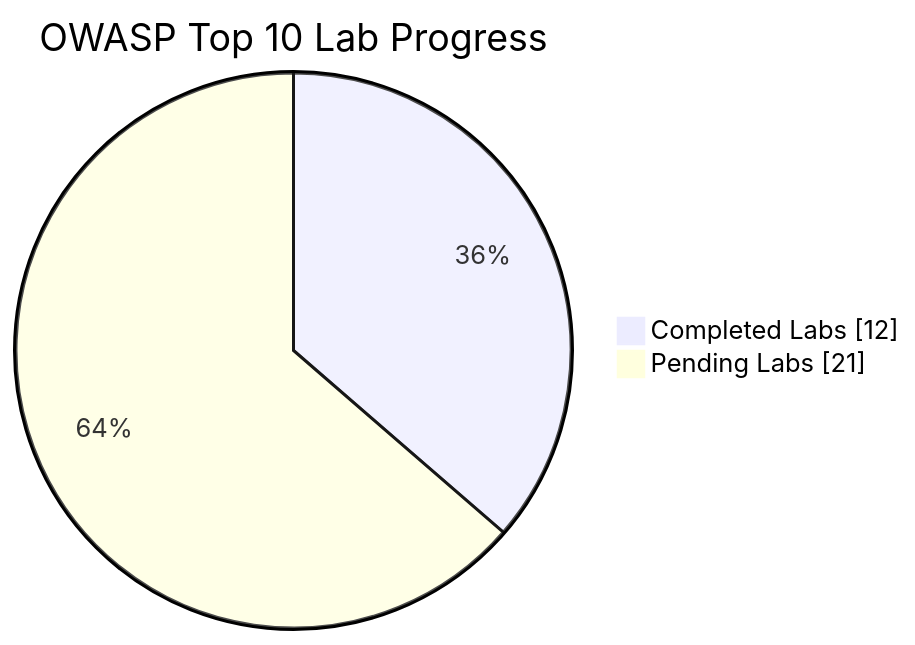
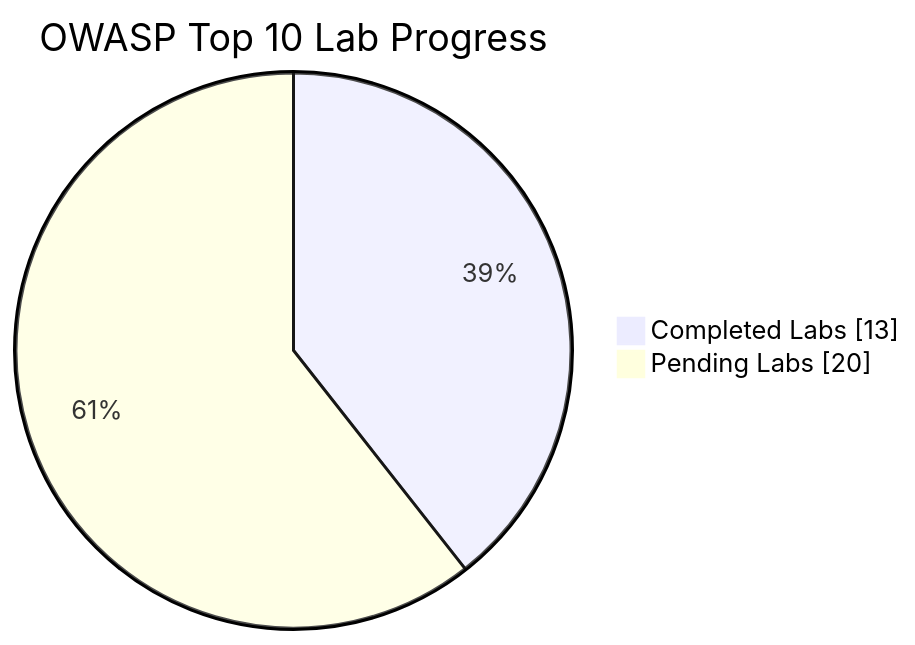
One commit to Nish344/owasp-top10-web-security changed the diagram in README.md. Above: the diagram before and after it, drawn with Mermaid. The commit also changed other lines of this file and 1 other file, not shown here.

````diff
--- a/README.md
+++ b/README.md
@@ -12,6 +12,6 @@
 ```mermaid
 pie showData
   title OWASP Top 10 Lab Progress
-  "Completed Labs" : 12
-  "Pending Labs" : 21
+  "Completed Labs" : 13
+  "Pending Labs" : 20
 ```
````
